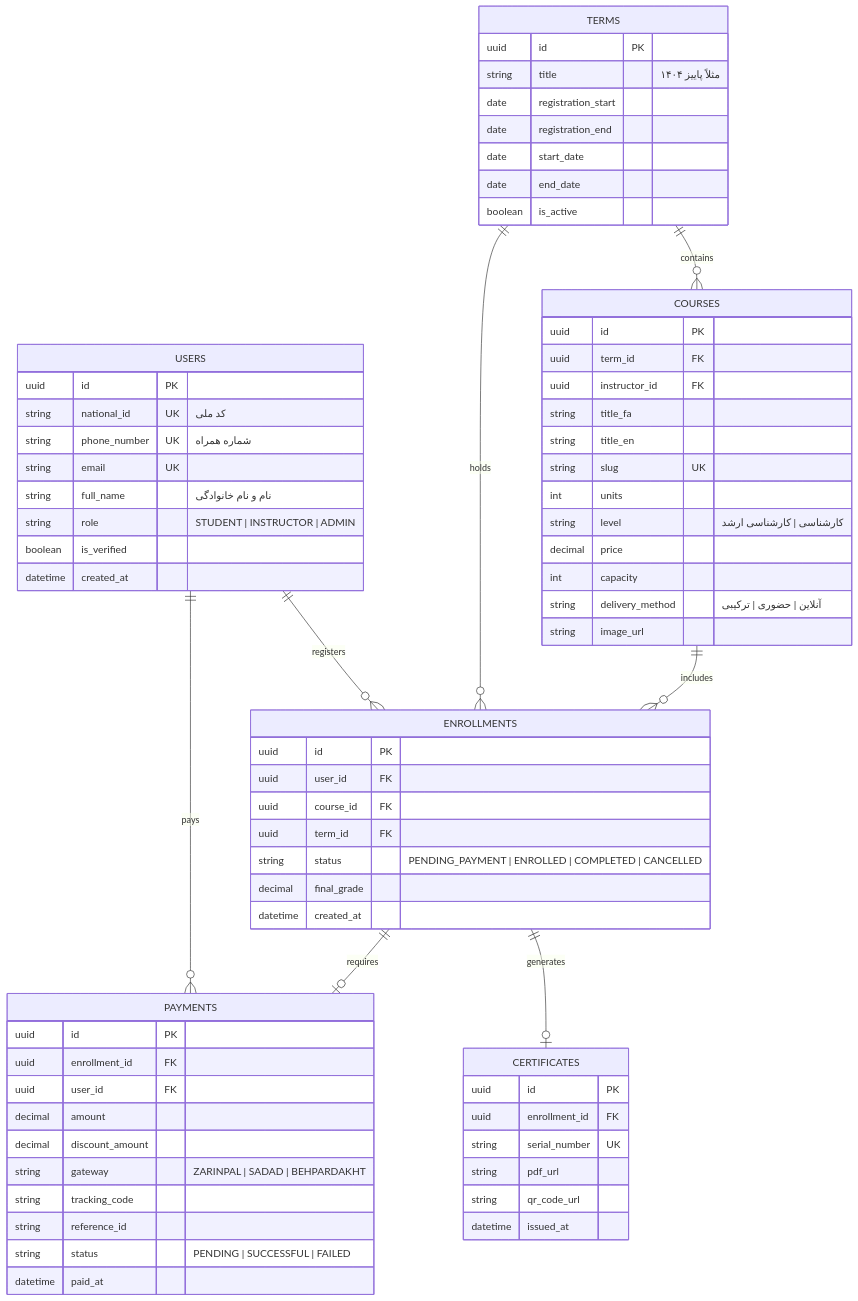
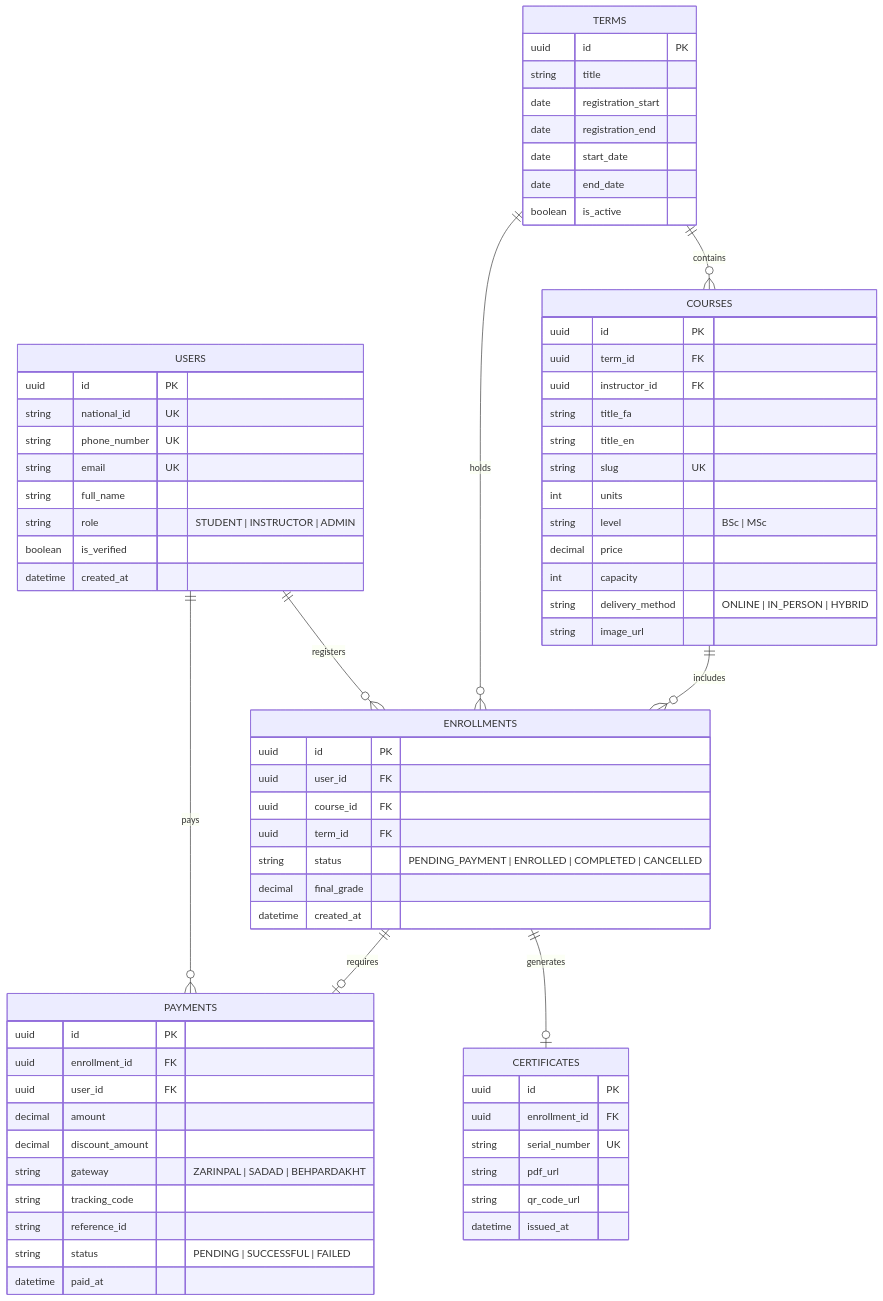
One commit to HosseinZareinejad/cse-school changed the diagram in backend/README.md. Above: the diagram before and after it, drawn with Mermaid. The commit also changed other lines of this file and 2 other files, not shown here.

````diff
--- a/backend/README.md
+++ b/backend/README.md
@@ -55,78 +54,78 @@
 ```mermaid
 erDiagram
     USERS ||--o{ ENROLLMENTS : registers
     USERS ||--o{ PAYMENTS : pays
     TERMS ||--o{ COURSES : contains
     TERMS ||--o{ ENROLLMENTS : holds
     COURSES ||--o{ ENROLLMENTS : includes
     ENROLLMENTS ||--o| PAYMENTS : requires
     ENROLLMENTS ||--o| CERTIFICATES : generates
 
     USERS {
         uuid id PK
-        string national_id UK "کد ملی"
-        string phone_number UK "شماره همراه"
+        string national_id UK
+        string phone_number UK
         string email UK
-        string full_name "نام و نام خانوادگی"
+        string full_name
         string role "STUDENT | INSTRUCTOR | ADMIN"
         boolean is_verified
         datetime created_at
     }
 
     TERMS {
         uuid id PK
-        string title "مثلاً پاییز ۱۴۰۴"
+        string title
         date registration_start
         date registration_end
         date start_date
         date end_date
         boolean is_active
     }
 
     COURSES {
         uuid id PK
         uuid term_id FK
         uuid instructor_id FK
         string title_fa
         string title_en
         string slug UK
         int units
-        string level "کارشناسی | کارشناسی ارشد"
+        string level "BSc | MSc"
         decimal price
         int capacity
-        string delivery_method "آنلاین | حضوری | ترکیبی"
+        string delivery_method "ONLINE | IN_PERSON | HYBRID"
         string image_url
     }
 
     ENROLLMENTS {
         uuid id PK
         uuid user_id FK
         uuid course_id FK
         uuid term_id FK
         string status "PENDING_PAYMENT | ENROLLED | COMPLETED | CANCELLED"
         decimal final_grade
         datetime created_at
     }
 
     PAYMENTS {
         uuid id PK
         uuid enrollment_id FK
         uuid user_id FK
         decimal amount
         decimal discount_amount
         string gateway "ZARINPAL | SADAD | BEHPARDAKHT"
         string tracking_code
         string reference_id
         string status "PENDING | SUCCESSFUL | FAILED"
         datetime paid_at
     }
 
     CERTIFICATES {
         uuid id PK
         uuid enrollment_id FK
         string serial_number UK
         string pdf_url
         string qr_code_url
         datetime issued_at
     }
 ```
````
